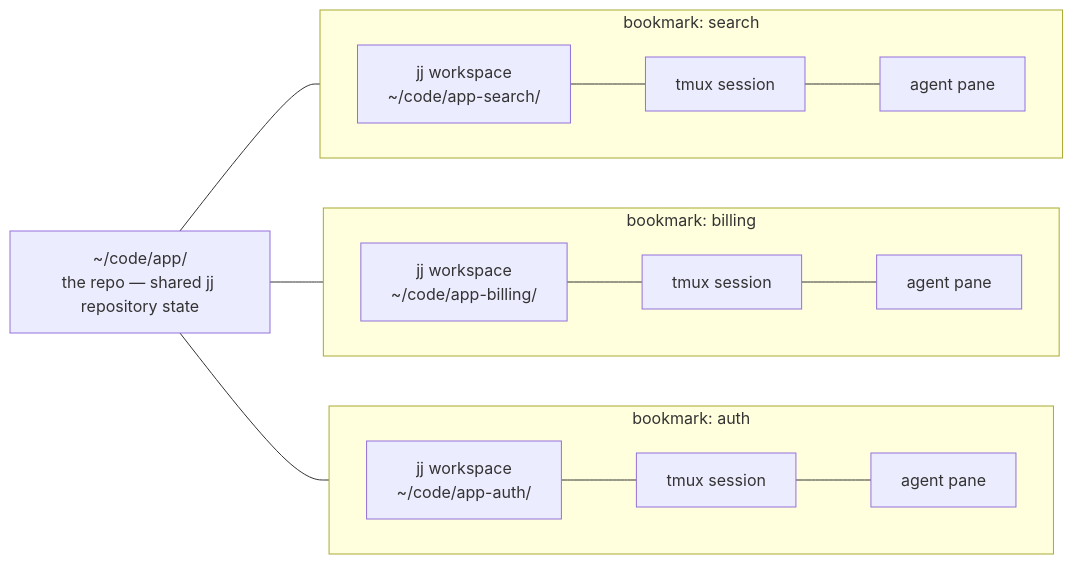
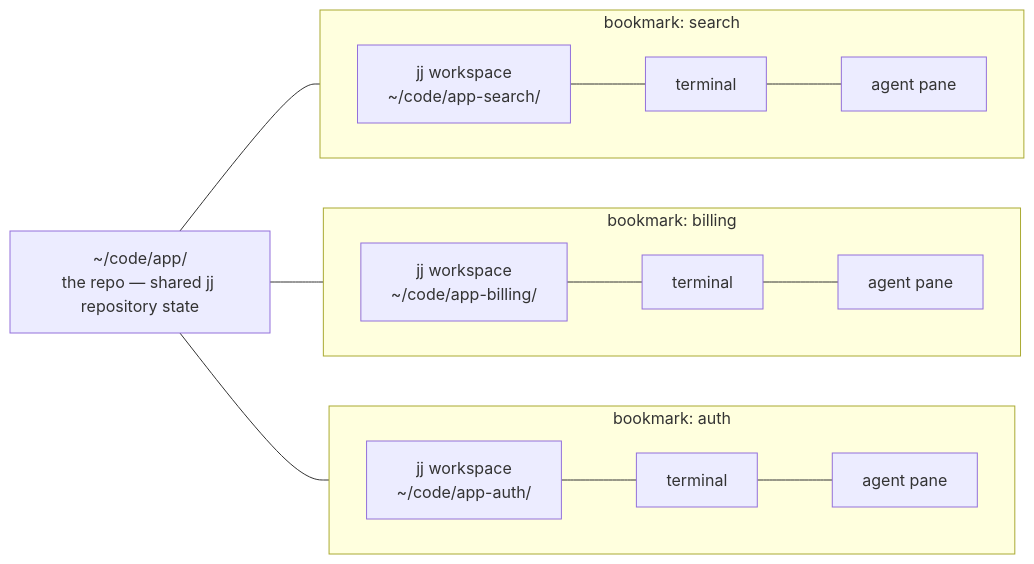
Before and after one commit to skeswa/kiki: the first of 2 diagrams in docs/reference/book/01-orientation.md, drawn with Mermaid. The commit also changed other lines of this file and 46 other files, not shown here.

````diff
--- a/docs/reference/book/01-orientation.md
+++ b/docs/reference/book/01-orientation.md
@@ -15,19 +15,19 @@
 ```mermaid
 flowchart LR
     repo["~/code/app/<br/>the repo — shared jj repository state"]
     subgraph auth ["bookmark: auth"]
         direction LR
-        wsA["jj workspace<br/>~/code/app-auth/"] --- sA["tmux session"] --- pA["agent pane"]
+        wsA["jj workspace<br/>~/code/app-auth/"] --- sA["terminal"] --- pA["agent pane"]
     end
     subgraph billing ["bookmark: billing"]
         direction LR
-        wsB["jj workspace<br/>~/code/app-billing/"] --- sB["tmux session"] --- pB["agent pane"]
+        wsB["jj workspace<br/>~/code/app-billing/"] --- sB["terminal"] --- pB["agent pane"]
     end
     subgraph search ["bookmark: search"]
         direction LR
-        wsC["jj workspace<br/>~/code/app-search/"] --- sC["tmux session"] --- pC["agent pane"]
+        wsC["jj workspace<br/>~/code/app-search/"] --- sC["terminal"] --- pC["agent pane"]
     end
     repo --- wsA
     repo --- wsB
     repo --- wsC
 ```
````
